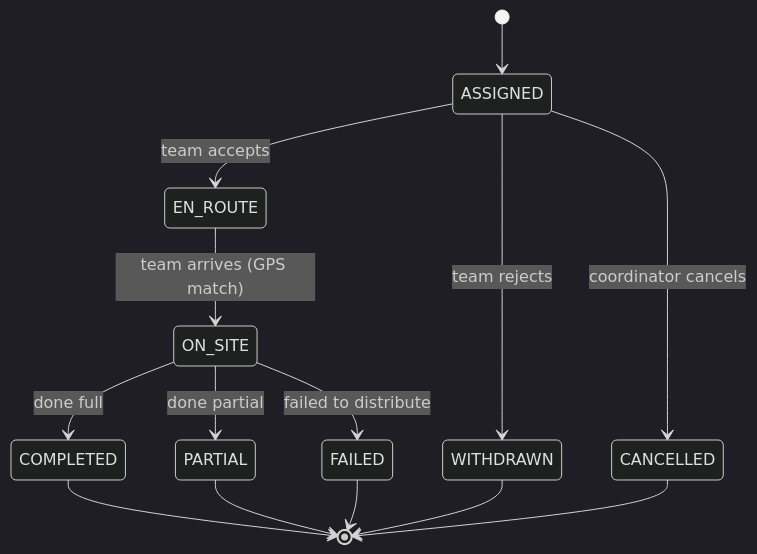
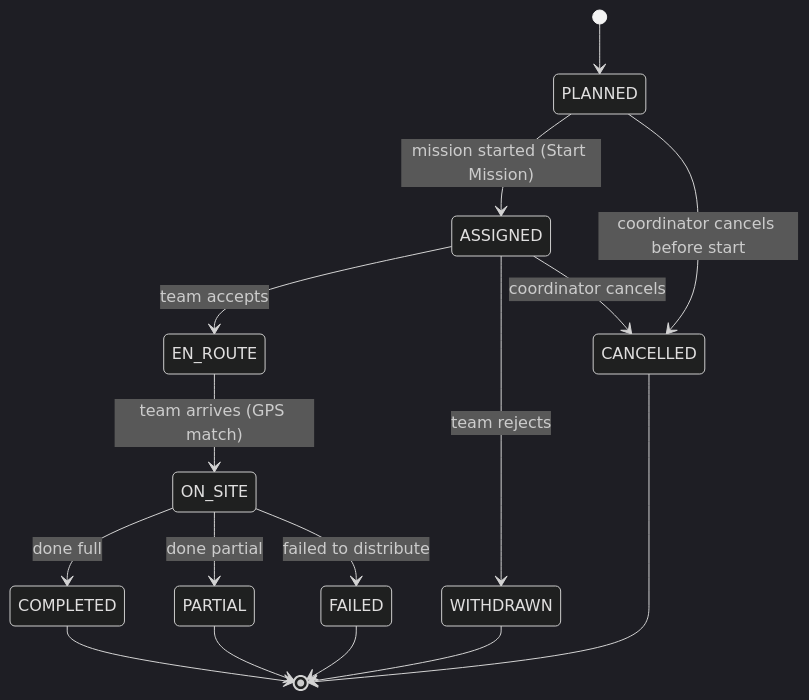
One commit to phuonganh1609/flood_rescue changed the second of 6 diagrams in docs/flows/Relief_flow_1.1.md. Above: the diagram before and after it, drawn with Mermaid (dark theme). The commit also changed other lines of this file and 18 other files, not shown here.

Commit message:
docs: sửa lại docs để làm lại luồng cho mission: ERD, flows, API,...

````diff
--- a/docs/flows/Relief_flow_1.1.md
+++ b/docs/flows/Relief_flow_1.1.md
@@ -72,21 +75,23 @@
 ```mermaid
 stateDiagram-v2
-    [*] --> ASSIGNED
+    [*] --> PLANNED
+
+    PLANNED --> ASSIGNED : mission started (Start Mission)
+    PLANNED --> CANCELLED : coordinator cancels before start
 
     ASSIGNED --> EN_ROUTE : team accepts
     ASSIGNED --> WITHDRAWN : team rejects
+    ASSIGNED --> CANCELLED : coordinator cancels
 
     EN_ROUTE --> ON_SITE : team arrives (GPS match)
 
     ON_SITE --> COMPLETED : done full
     ON_SITE --> PARTIAL : done partial
     ON_SITE --> FAILED : failed to distribute
 
-    ASSIGNED --> CANCELLED : coordinator cancels
-
     COMPLETED --> [*]
     PARTIAL --> [*]
     FAILED --> [*]
     WITHDRAWN --> [*]
     CANCELLED --> [*]
 ```
````
